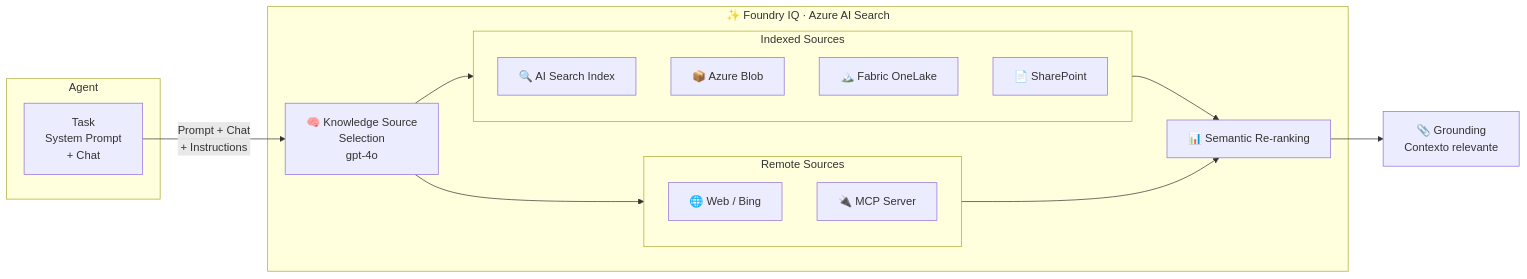
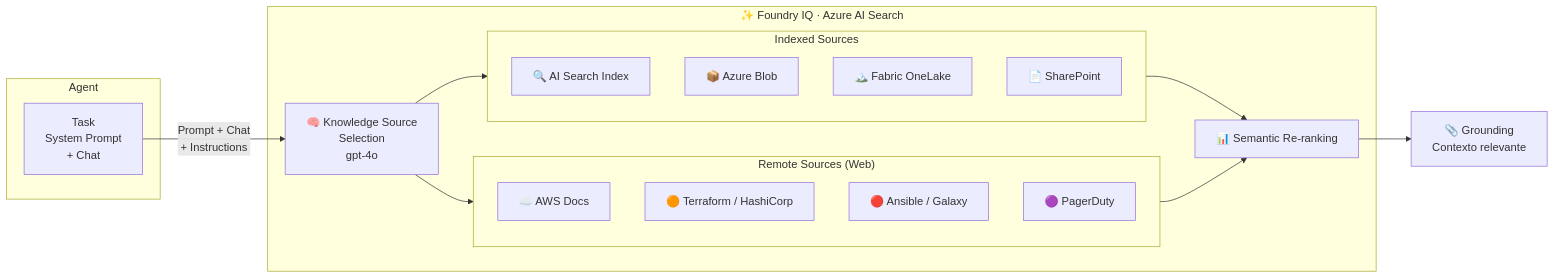
One commit to Martin-Sciarrillo/Demo-DevOps-Days changed the second of 2 diagrams in README.md. Above: the diagram before and after it, drawn with Mermaid. The commit also changed other lines of this file and 1 other file, not shown here.

````diff
--- a/README.md
+++ b/README.md
@@ -73,30 +75,32 @@
 ```mermaid
 flowchart LR
     subgraph AG["Agent"]
         T["Task\nSystem Prompt\n+ Chat"]
     end
 
     subgraph FIQ["✨ Foundry IQ  ·  Azure AI Search"]
         SEL["🧠 Knowledge Source\nSelection\ngpt-4o"]
         subgraph IDX["Indexed Sources"]
             S1["🔍 AI Search Index"]
             S2["📦 Azure Blob"]
             S3["🏔️ Fabric OneLake"]
             S4["📄 SharePoint"]
         end
-        subgraph REM["Remote Sources"]
-            R1["🌐 Web / Bing"]
-            R2["🔌 MCP Server"]
+        subgraph REM["Remote Sources (Web)"]
+            R1["☁️ AWS Docs"]
+            R2["🟠 Terraform / HashiCorp"]
+            R3["🔴 Ansible / Galaxy"]
+            R4["🟣 PagerDuty"]
         end
         RR["📊 Semantic Re-ranking"]
     end
 
     GR["📎 Grounding\nContexto relevante"]
 
     T -->|"Prompt + Chat\n+ Instructions"| SEL
     SEL --> IDX
     SEL --> REM
     IDX --> RR
     REM --> RR
     RR --> GR
 ```
````
